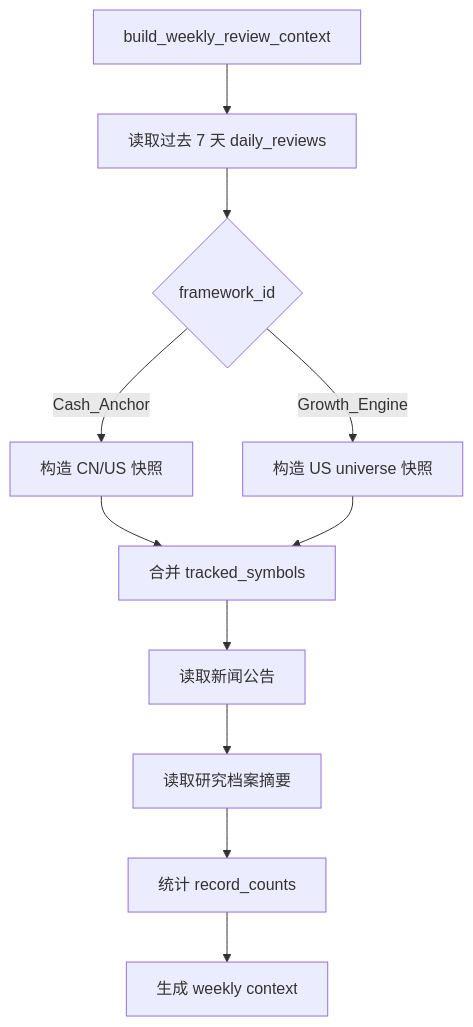
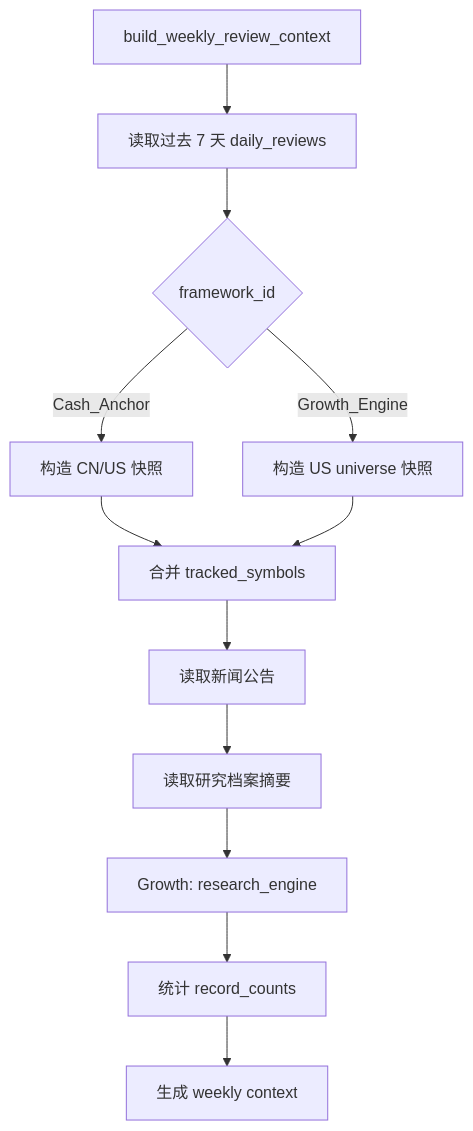
Before and after one commit to dyccodehome/private-investment-butler: the seventh of 10 diagrams in docs/技术架构文档.md, drawn with Mermaid. The commit also changed other lines of this file and 10 other files, not shown here.

Commit message:
Add Growth research engine MVP

````diff
--- a/docs/技术架构文档.md
+++ b/docs/技术架构文档.md
@@ -251,13 +306,14 @@
 ```mermaid
 flowchart TD
   A["build_weekly_review_context"] --> B["读取过去 7 天 daily_reviews"]
   B --> C{"framework_id"}
   C -- "Cash_Anchor" --> D["构造 CN/US 快照"]
   C -- "Growth_Engine" --> E["构造 US universe 快照"]
   D --> F["合并 tracked_symbols"]
   E --> F
   F --> G["读取新闻公告"]
   G --> H["读取研究档案摘要"]
-  H --> I["统计 record_counts"]
-  I --> J["生成 weekly context"]
+  H --> I["Growth: research_engine"]
+  I --> J["统计 record_counts"]
+  J --> K["生成 weekly context"]
 ```
````
